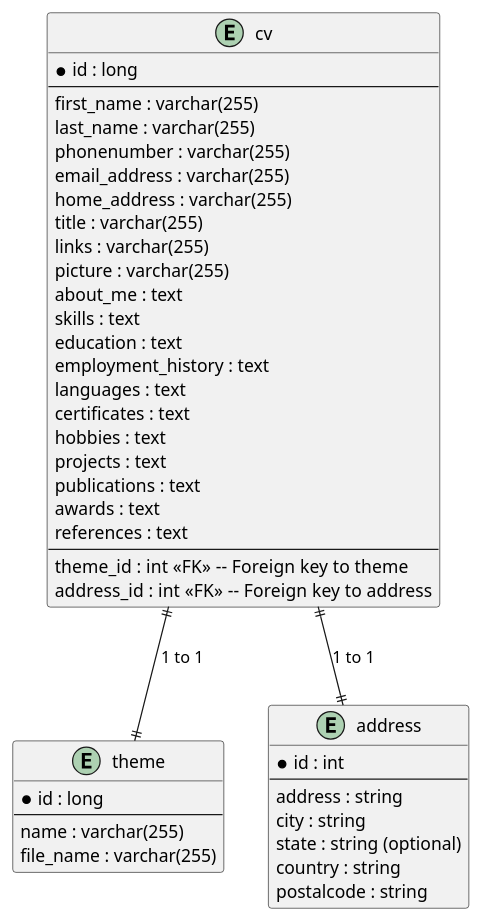
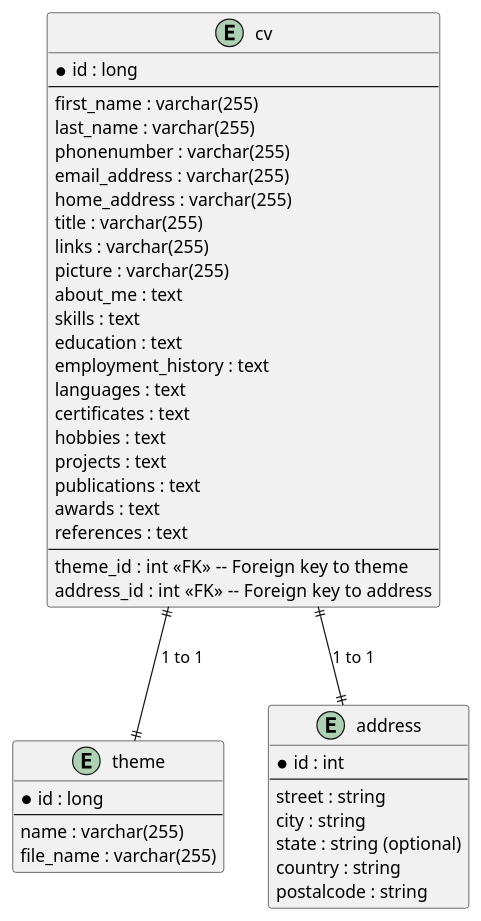
The diagram in documentation/ERD.plantuml (DevYouriD/GremlinEngine), drawn with PlantUML before and after one commit. The commit also changed 3 other files, not shown here.

```diff
--- a/documentation/ERD.plantuml
+++ b/documentation/ERD.plantuml
@@ -1,50 +1,50 @@
 @startuml
 
 entity cv {
     *id : long
     --
     first_name : varchar(255)
     last_name : varchar(255)
     phonenumber : varchar(255)
     email_address : varchar(255)
     home_address : varchar(255)
     title : varchar(255)
     links : varchar(255)
     picture : varchar(255)
     about_me : text
     skills : text
     education : text
     employment_history : text
     languages : text
     certificates : text
     hobbies : text
     projects : text
     publications : text
     awards : text
     references : text
     --
     theme_id : int <<FK>>  -- Foreign key to theme
     address_id : int <<FK>>  -- Foreign key to address
 }
 
 entity theme {
     *id : long
     --
     name : varchar(255)
     file_name : varchar(255)
 }
 
 entity address {
     *id : int
     --
-    address : string
+    street : string
     city : string
     state : string (optional)
     country : string
     postalcode : string
 }
 
 cv ||--|| theme : "1 to 1"
 cv ||--|| address : "1 to 1"
 
 @enduml
```
